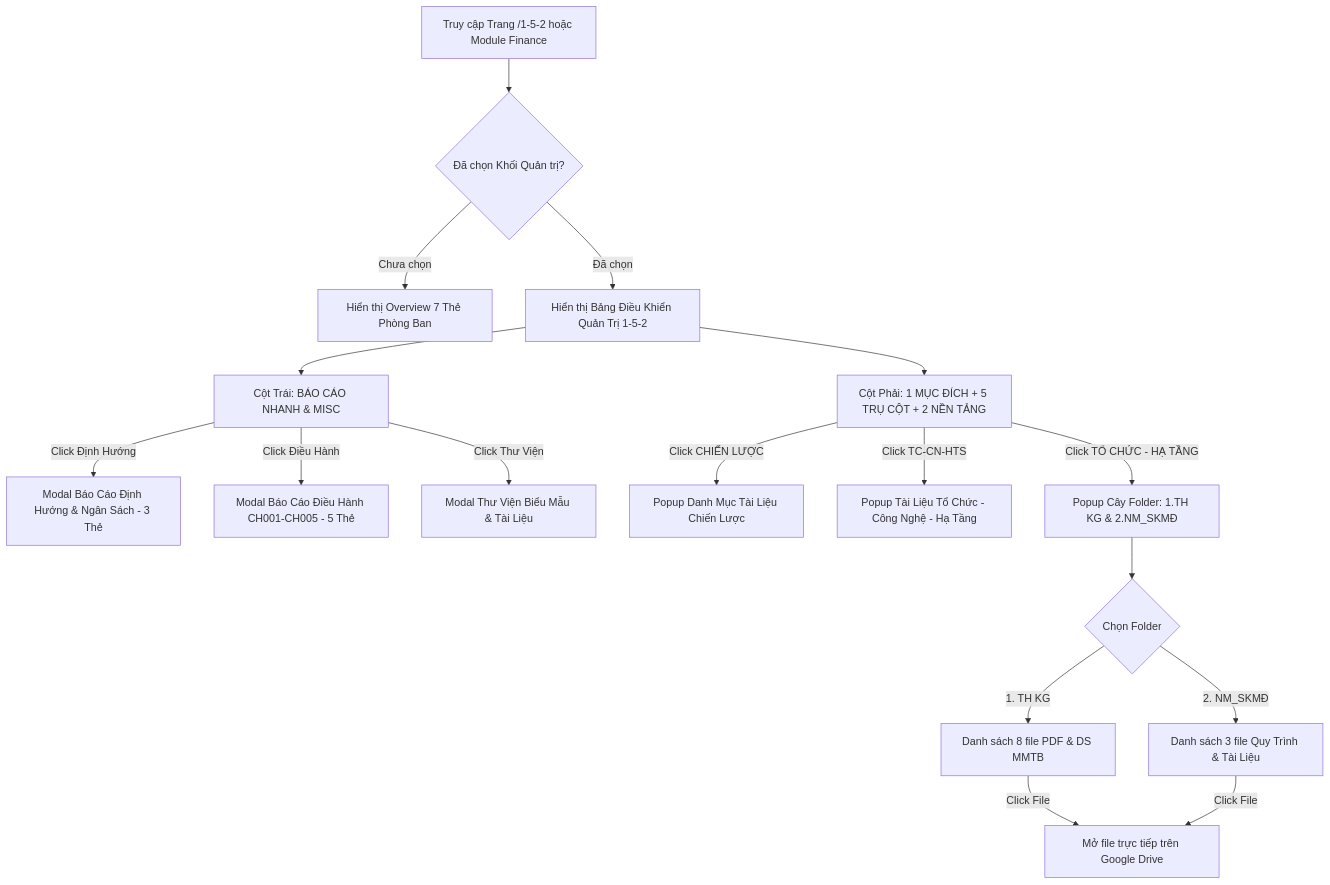
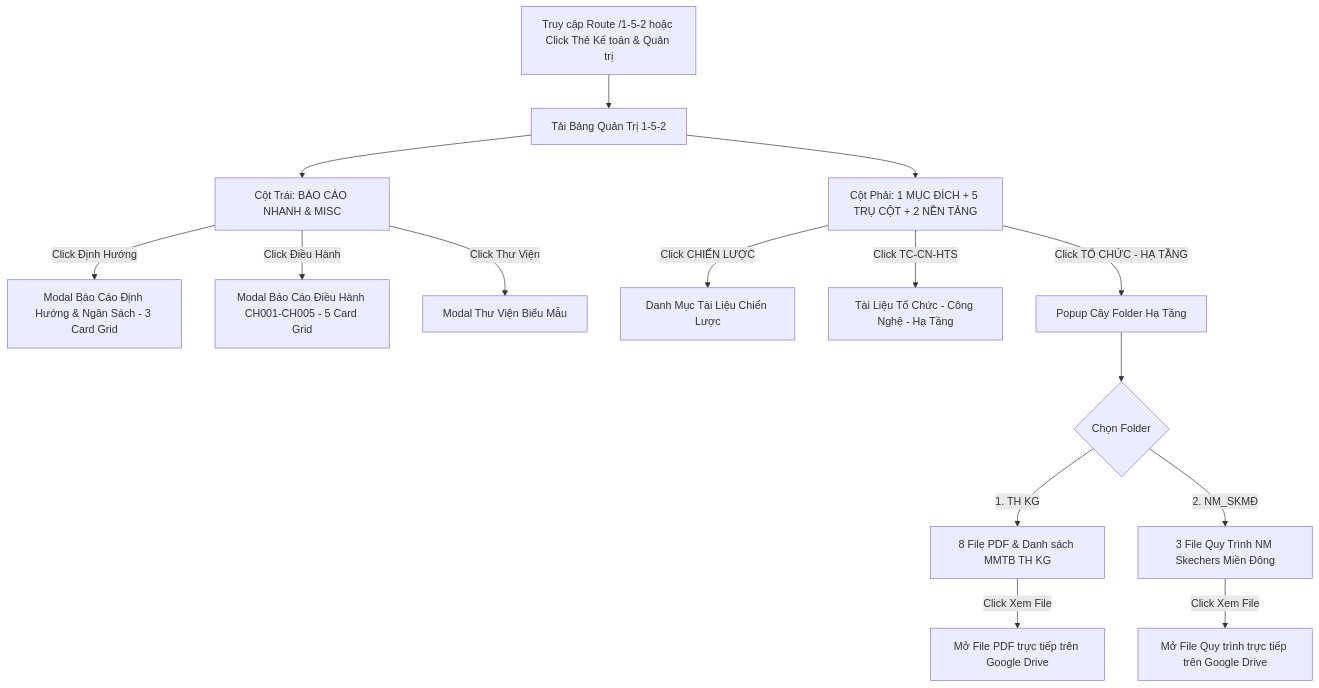
Before and after one commit to tbsgroup2026/vpchuoiskechers: the third of 7 diagrams in README.md, drawn with Mermaid. The commit also changed other lines of this file and 1 other file, not shown here.

Commit message:
docs: Expand README with comprehensive architecture, D1 DB schema, API reference and all sub-system flowcharts

````diff
--- a/README.md
+++ b/README.md
@@ -148,23 +172,22 @@
 ```mermaid
 flowchart TD
-    Dashboard[Truy cập Trang /1-5-2 hoặc Module Finance] --> CheckDept{Đã chọn Khối Quản trị?}
-    CheckDept -->|Chưa chọn| ShowOverview[Hiển thị Overview 7 Thẻ Phòng Ban]
-    CheckDept -->|Đã chọn| StrategicView[Hiển thị Bảng Điều Khiển Quản Trị 1-5-2]
+    UserNav[Truy cập Route /1-5-2 hoặc Click Thẻ Kế toán & Quản trị] --> LoadDash[Tải Bảng Quản Trị 1-5-2]
 
-    StrategicView --> ColLeft[Cột Trái: BÁO CÁO NHANH & MISC]
-    StrategicView --> ColRight[Cột Phải: 1 MỤC ĐÍCH + 5 TRỤ CỘT + 2 NỀN TẢNG]
+    LoadDash --> ColLeft[Cột Trái: BÁO CÁO NHANH & MISC]
+    LoadDash --> ColRight[Cột Phải: 1 MỤC ĐÍCH + 5 TRỤ CỘT + 2 NỀN TẢNG]
 
-    ColLeft -->|Click Định Hướng| ModalDinhHuong[Modal Báo Cáo Định Hướng & Ngân Sách - 3 Thẻ]
-    ColLeft -->|Click Điều Hành| ModalDieuHanh[Modal Báo Cáo Điều Hành CH001-CH005 - 5 Thẻ]
-    ColLeft -->|Click Thư Viện| ModalThuVien[Modal Thư Viện Biểu Mẫu & Tài Liệu]
+    ColLeft -->|Click Định Hướng| ModalDinhHuong[Modal Báo Cáo Định Hướng & Ngân Sách - 3 Card Grid]
+    ColLeft -->|Click Điều Hành| ModalDieuHanh[Modal Báo Cáo Điều Hành CH001-CH005 - 5 Card Grid]
+    ColLeft -->|Click Thư Viện| ModalThuVien[Modal Thư Viện Biểu Mẫu]
 
-    ColRight -->|Click CHIẾN LƯỢC| ModalChienLuoc[Popup Danh Mục Tài Liệu Chiến Lược]
-    ColRight -->|Click TC-CN-HTS| ModalTCCNHTS[Popup Tài Liệu Tổ Chức - Công Nghệ - Hạ Tầng]
-    ColRight -->|Click TỔ CHỨC - HẠ TẦNG| ModalInfra[Popup Cây Folder: 1.TH KG & 2.NM_SKMĐ]
+    ColRight -->|Click CHIẾN LƯỢC| ModalChienLuoc[Danh Mục Tài Liệu Chiến Lược]
+    ColRight -->|Click TC-CN-HTS| ModalTCCNHTS[Tài Liệu Tổ Chức - Công Nghệ - Hạ Tầng]
+    ColRight -->|Click TỔ CHỨC - HẠ TẦNG| ModalInfra[Popup Cây Folder Hạ Tầng]
 
-    ModalInfra --> SelectFolder{Chọn Folder}
-    SelectFolder -->|1. TH KG| ViewFolder1[Danh sách 8 file PDF & DS MMTB]
-    SelectFolder -->|2. NM_SKMĐ| ViewFolder2[Danh sách 3 file Quy Trình & Tài Liệu]
-    ViewFolder1 -->|Click File| OpenGDrive[Mở file trực tiếp trên Google Drive]
-    ViewFolder2 -->|Click File| OpenGDrive
+    ModalInfra --> TreeSelect{Chọn Folder}
+    TreeSelect -->|1. TH KG| ListKG[8 File PDF & Danh sách MMTB TH KG]
+    TreeSelect -->|2. NM_SKMĐ| ListSKMD[3 File Quy Trình NM Skechers Miền Đông]
+
+    ListKG -->|Click Xem File| GDrive1[Mở File PDF trực tiếp trên Google Drive]
+    ListSKMD -->|Click Xem File| GDrive2[Mở File Quy trình trực tiếp trên Google Drive]
 ```
````
